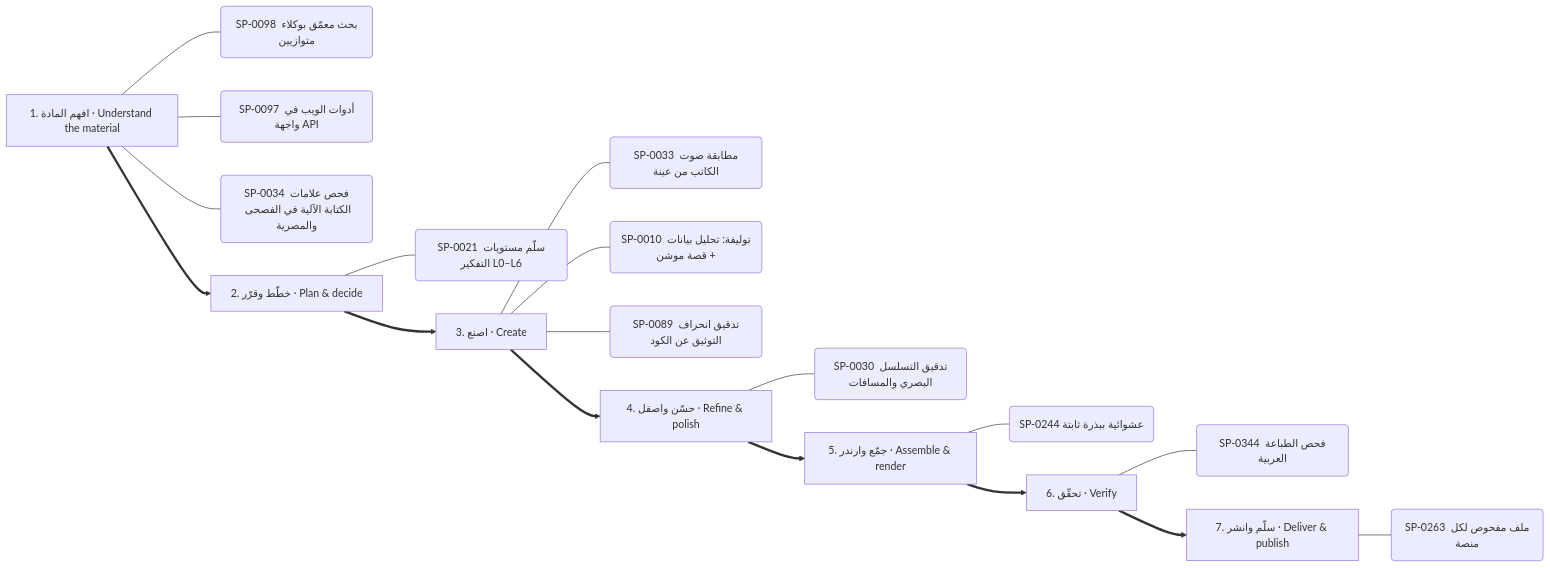
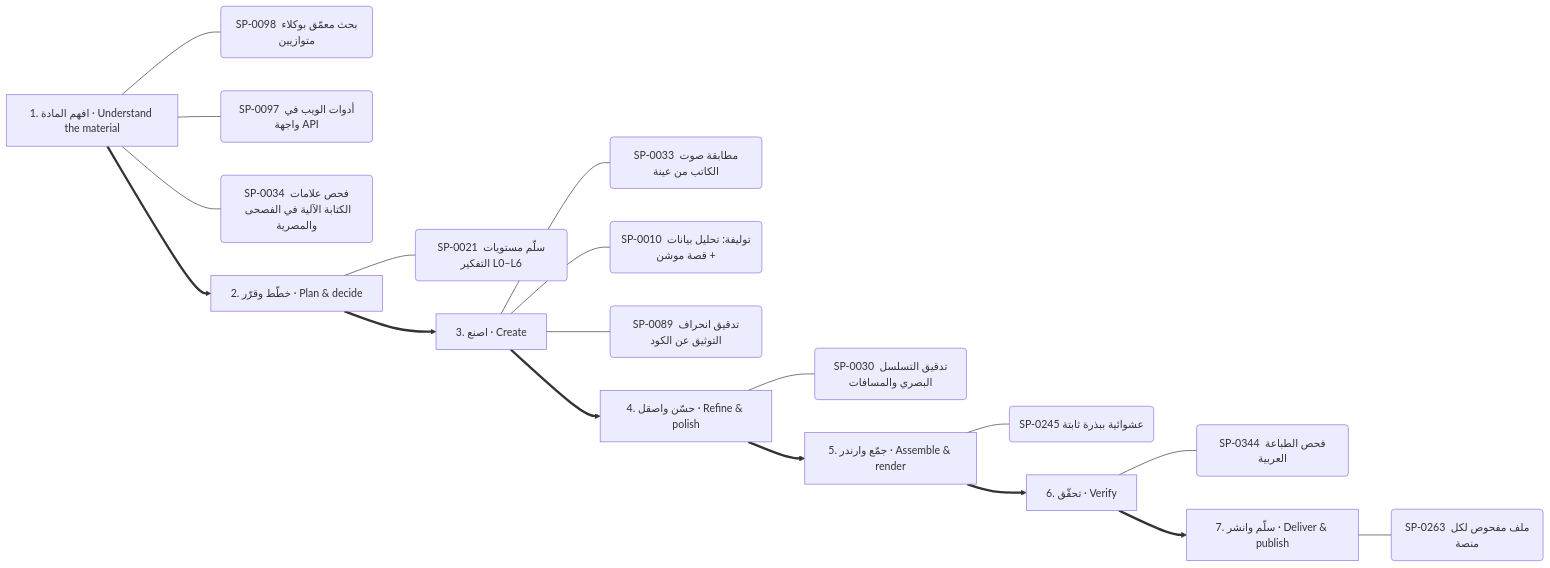
One commit to kosif199022-jpg/kosif-tool changed diagram 13 of 13 in .claude/skills/kosif-superpowers/references/capability-mindmap.md. Above: the diagram before and after it, drawn with Mermaid. The commit also changed other lines of this file and 25 other files, not shown here.

````diff
--- a/.claude/skills/kosif-superpowers/references/capability-mindmap.md
+++ b/.claude/skills/kosif-superpowers/references/capability-mindmap.md
@@ -635,27 +635,27 @@
 ```mermaid
 flowchart LR
   S0["1. افهم المادة · Understand the material"]
   S0 --- S0_0("SP-0098 بحث معمّق بوكلاء متوازيين")
   S0 --- S0_1("SP-0097 أدوات الويب في واجهة API")
   S0 --- S0_2("SP-0034 فحص علامات الكتابة الآلية في الفصحى والمصرية")
   S1["2. خطّط وقرّر · Plan & decide"]
   S1 --- S1_0("SP-0021 سلّم مستويات التفكير L0–L6")
   S0 ==> S1
   S2["3. اصنع · Create"]
   S2 --- S2_0("SP-0033 مطابقة صوت الكاتب من عينة")
   S2 --- S2_1("SP-0010 توليفة: تحليل بيانات + قصة موشن")
   S2 --- S2_2("SP-0089 تدقيق انحراف التوثيق عن الكود")
   S1 ==> S2
   S3["4. حسّن واصقل · Refine & polish"]
   S3 --- S3_0("SP-0030 تدقيق التسلسل البصري والمسافات")
   S2 ==> S3
   S4["5. جمّع وارندر · Assemble & render"]
-  S4 --- S4_0("SP-0244 عشوائية ببذرة ثابتة")
+  S4 --- S4_0("SP-0245 عشوائية ببذرة ثابتة")
   S3 ==> S4
   S5["6. تحقّق · Verify"]
   S5 --- S5_0("SP-0344 فحص الطباعة العربية")
   S4 ==> S5
   S6["7. سلّم وانشر · Deliver & publish"]
   S6 --- S6_0("SP-0263 ملف مفحوص لكل منصة")
   S5 ==> S6
 ```
````
